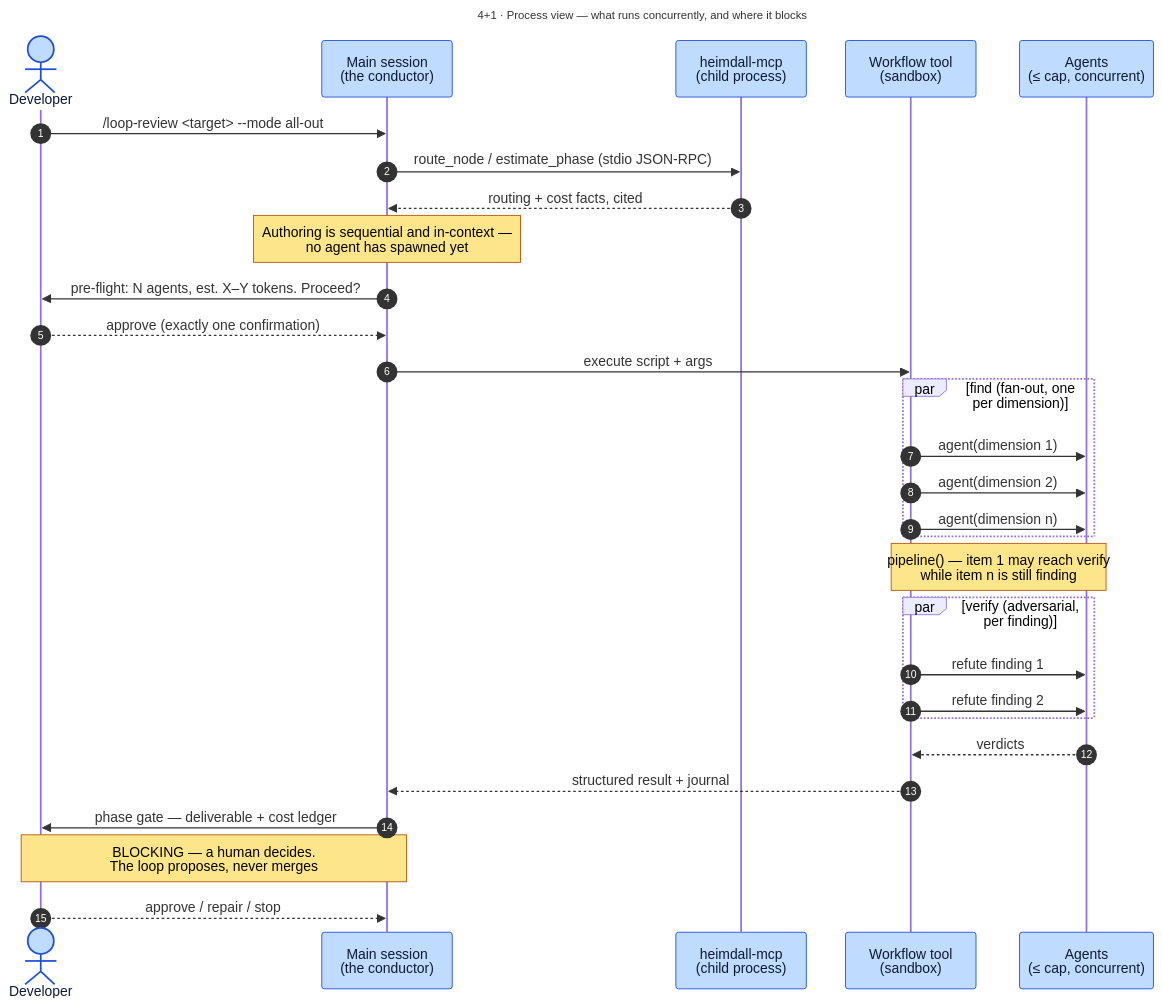
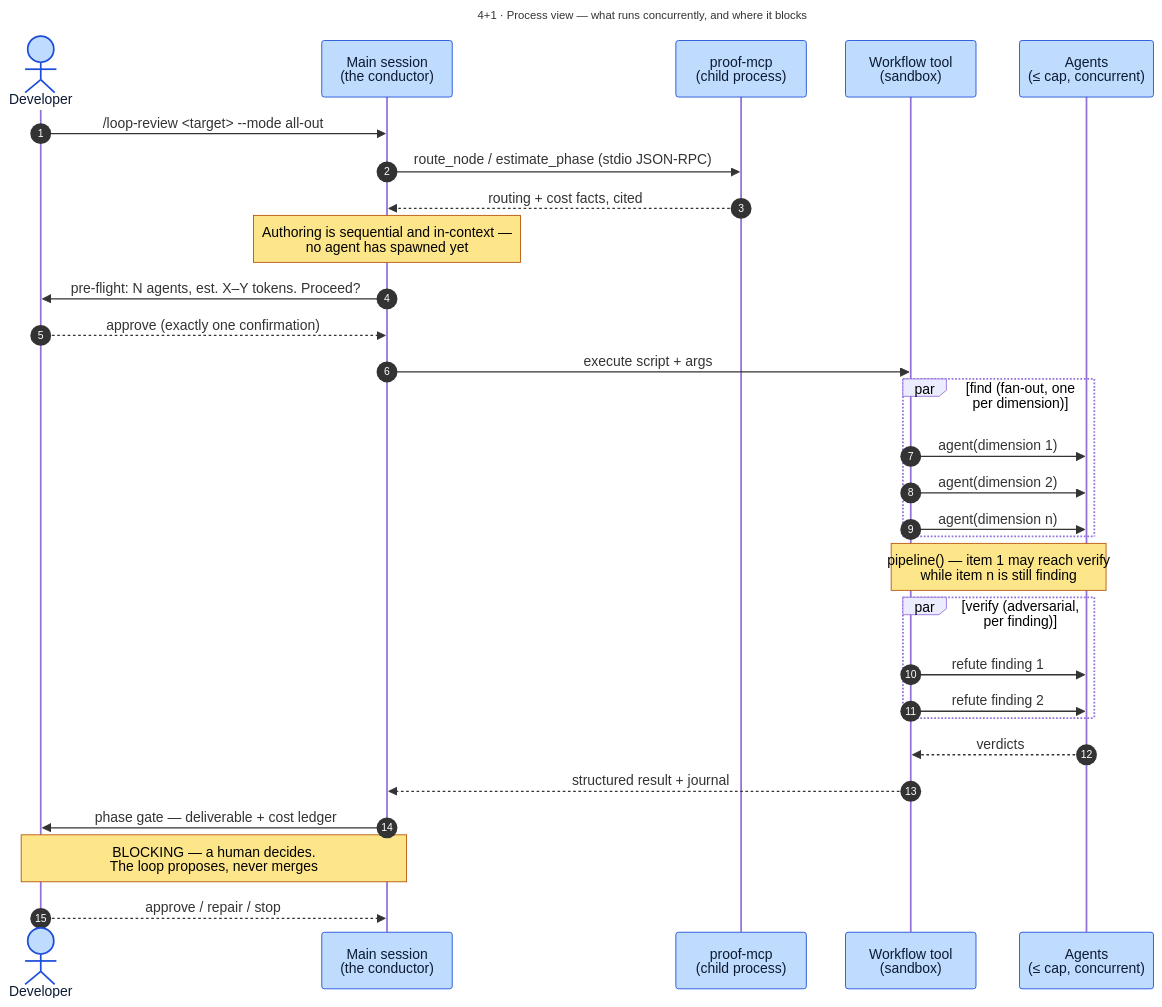
One commit to santapong/Proof changed the diagram in docs/c4/diagrams/src/view-process.mmd. Above: the diagram before and after it, drawn with Mermaid. The commit also changed 47 other files, not shown here.

First line of the commit message:
chore(rename): Heimdall -> Proof

```diff
--- a/docs/c4/diagrams/src/view-process.mmd
+++ b/docs/c4/diagrams/src/view-process.mmd
@@ -1,38 +1,38 @@
 ---
 title: "4+1 · Process view — what runs concurrently, and where it blocks"
 ---
 %%{init: {"themeVariables": {"fontFamily": "Segoe UI, Helvetica, Arial, sans-serif", "fontSize": "13px", "actorBkg": "#BFDBFE", "actorBorder": "#1D4ED8", "actorTextColor": "#0C1B33", "activationBkgColor": "#DBEAFE", "activationBorderColor": "#1D4ED8", "noteBkgColor": "#FDE68A", "noteBorderColor": "#B45309", "sequenceNumberColor": "#FFFFFF"}, "sequence": {"actorMargin": 45, "boxMargin": 8}}}%%
 sequenceDiagram
     autonumber
     actor Dev as Developer
     participant Sess as Main session<br/>(the conductor)
-    participant MCP as heimdall-mcp<br/>(child process)
+    participant MCP as proof-mcp<br/>(child process)
     participant WF as Workflow tool<br/>(sandbox)
     participant A as Agents<br/>(≤ cap, concurrent)
 
     Dev->>Sess: /loop-review <target> --mode all-out
     Sess->>MCP: route_node / estimate_phase (stdio JSON-RPC)
     MCP-->>Sess: routing + cost facts, cited
     Note over Sess: Authoring is sequential and in-context —<br/>no agent has spawned yet
 
     Sess->>Dev: pre-flight: N agents, est. X–Y tokens. Proceed?
     Dev-->>Sess: approve (exactly one confirmation)
 
     Sess->>WF: execute script + args
     par find (fan-out, one per dimension)
         WF->>A: agent(dimension 1)
         WF->>A: agent(dimension 2)
         WF->>A: agent(dimension n)
     end
     Note over WF,A: pipeline() — item 1 may reach verify<br/>while item n is still finding
 
     par verify (adversarial, per finding)
         WF->>A: refute finding 1
         WF->>A: refute finding 2
     end
     A-->>WF: verdicts
     WF-->>Sess: structured result + journal
 
     Sess->>Dev: phase gate — deliverable + cost ledger
     Note over Dev,Sess: BLOCKING — a human decides.<br/>The loop proposes, never merges
     Dev-->>Sess: approve / repair / stop
```
